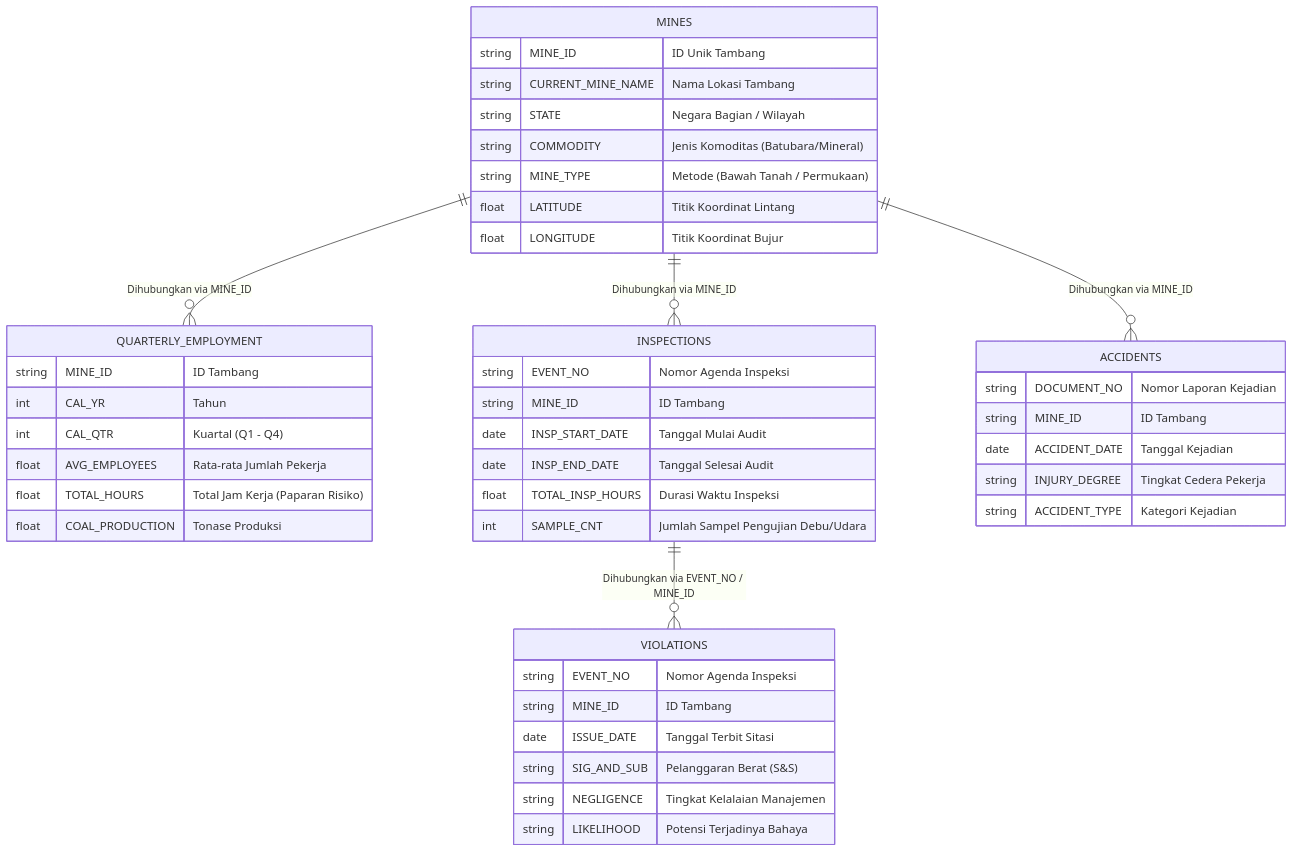
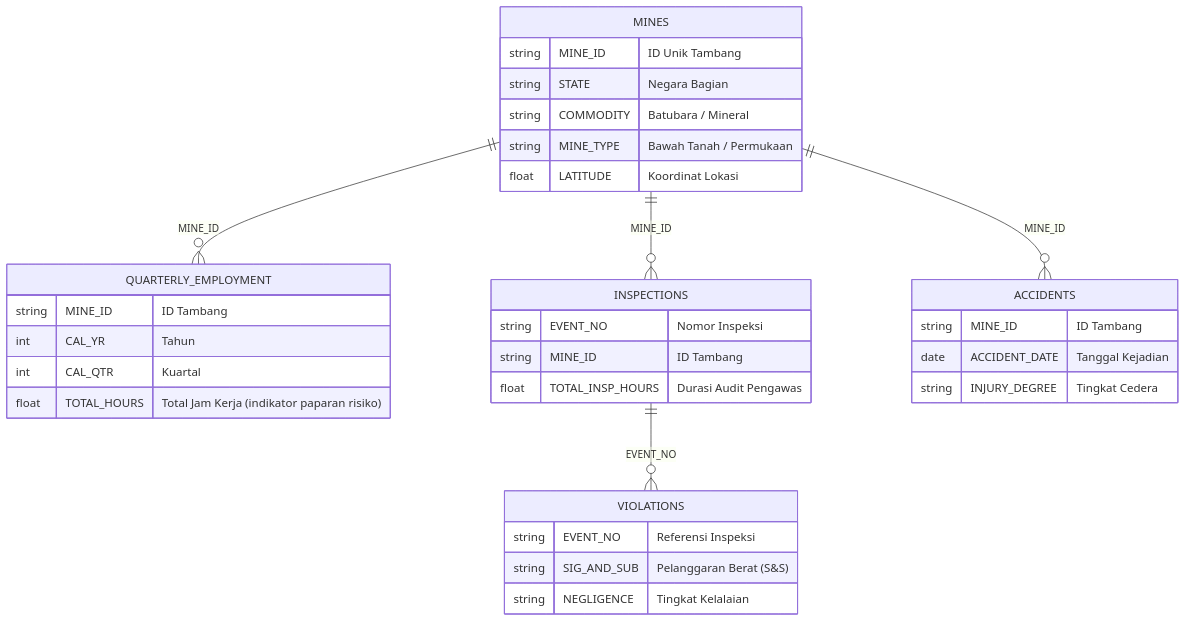
Before and after one commit to anggerwicaksana/minerisk-ai: the diagram in README.md, drawn with Mermaid. The commit also changed other lines of this file, not shown here.

````diff
--- a/README.md
+++ b/README.md
@@ -71,48 +75,36 @@
 ```mermaid
 erDiagram
-    MINES ||--o{ QUARTERLY_EMPLOYMENT : "Dihubungkan via MINE_ID"
-    MINES ||--o{ INSPECTIONS : "Dihubungkan via MINE_ID"
-    MINES ||--o{ ACCIDENTS : "Dihubungkan via MINE_ID"
-    INSPECTIONS ||--o{ VIOLATIONS : "Dihubungkan via EVENT_NO / MINE_ID"
+    MINES ||--o{ QUARTERLY_EMPLOYMENT : "MINE_ID"
+    MINES ||--o{ INSPECTIONS : "MINE_ID"
+    MINES ||--o{ ACCIDENTS : "MINE_ID"
+    INSPECTIONS ||--o{ VIOLATIONS : "EVENT_NO"
 
     MINES {
         string MINE_ID "ID Unik Tambang"
-        string CURRENT_MINE_NAME "Nama Lokasi Tambang"
-        string STATE "Negara Bagian / Wilayah"
-        string COMMODITY "Jenis Komoditas (Batubara/Mineral)"
-        string MINE_TYPE "Metode (Bawah Tanah / Permukaan)"
-        float LATITUDE "Titik Koordinat Lintang"
-        float LONGITUDE "Titik Koordinat Bujur"
+        string STATE "Negara Bagian"
+        string COMMODITY "Batubara / Mineral"
+        string MINE_TYPE "Bawah Tanah / Permukaan"
+        float LATITUDE "Koordinat Lokasi"
     }
     QUARTERLY_EMPLOYMENT {
         string MINE_ID "ID Tambang"
         int CAL_YR "Tahun"
-        int CAL_QTR "Kuartal (Q1 - Q4)"
-        float AVG_EMPLOYEES "Rata-rata Jumlah Pekerja"
-        float TOTAL_HOURS "Total Jam Kerja (Paparan Risiko)"
-        float COAL_PRODUCTION "Tonase Produksi"
+        int CAL_QTR "Kuartal"
+        float TOTAL_HOURS "Total Jam Kerja (indikator paparan risiko)"
     }
     INSPECTIONS {
-        string EVENT_NO "Nomor Agenda Inspeksi"
+        string EVENT_NO "Nomor Inspeksi"
         string MINE_ID "ID Tambang"
-        date INSP_START_DATE "Tanggal Mulai Audit"
-        date INSP_END_DATE "Tanggal Selesai Audit"
-        float TOTAL_INSP_HOURS "Durasi Waktu Inspeksi"
-        int SAMPLE_CNT "Jumlah Sampel Pengujian Debu/Udara"
+        float TOTAL_INSP_HOURS "Durasi Audit Pengawas"
     }
     VIOLATIONS {
-        string EVENT_NO "Nomor Agenda Inspeksi"
-        string MINE_ID "ID Tambang"
-        date ISSUE_DATE "Tanggal Terbit Sitasi"
+        string EVENT_NO "Referensi Inspeksi"
         string SIG_AND_SUB "Pelanggaran Berat (S&S)"
-        string NEGLIGENCE "Tingkat Kelalaian Manajemen"
-        string LIKELIHOOD "Potensi Terjadinya Bahaya"
+        string NEGLIGENCE "Tingkat Kelalaian"
     }
     ACCIDENTS {
-        string DOCUMENT_NO "Nomor Laporan Kejadian"
         string MINE_ID "ID Tambang"
         date ACCIDENT_DATE "Tanggal Kejadian"
-        string INJURY_DEGREE "Tingkat Cedera Pekerja"
-        string ACCIDENT_TYPE "Kategori Kejadian"
+        string INJURY_DEGREE "Tingkat Cedera"
     }
 ```
````
